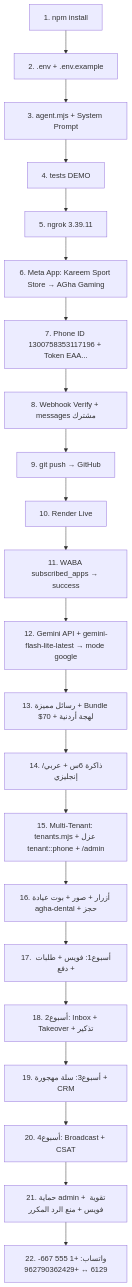
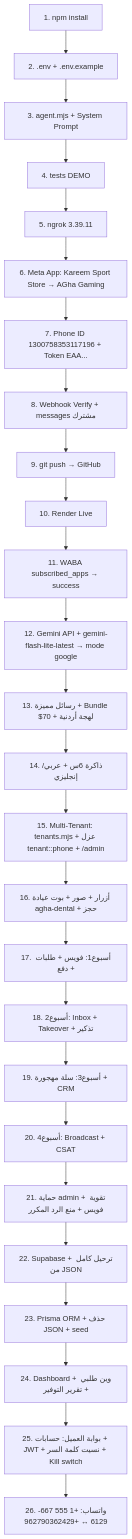
Before and after one commit to ENGMOHAMADALAGHA/kareem-whatsapp-agent: the diagram in WORK_MAP.md, drawn with Mermaid. The commit also changed other lines of this file and 5 other files, not shown here.

````diff
--- a/WORK_MAP.md
+++ b/WORK_MAP.md
@@ -154,24 +184,28 @@
 ```mermaid
 graph TD
   A[1. npm install] --> B[2. .env + .env.example]
   B --> C[3. agent.mjs + System Prompt]
   C --> D[4. tests DEMO]
   D --> E[5. ngrok 3.39.11]
   E --> F[6. Meta App: Kareem Sport Store → AGha Gaming]
   F --> G[7. Phone ID 1300758353117196 + Token EAA...]
   G --> H[8. Webhook Verify + messages مشترك]
   H --> I[9. git push → GitHub]
   I --> J[10. Render Live]
   J --> K[11. WABA subscribed_apps → success]
   K --> L[12. Gemini API + gemini-flash-lite-latest → mode google]
   L --> M[13. رسائل مميزة + Bundle $70 + لهجة أردنية]
   M --> N[14. ذاكرة 6س + عربي/إنجليزي]
   N --> O[15. Multi-Tenant: tenants.mjs + عزل tenant::phone + /admin]
   O --> P[16. أزرار + صور + بوت عيادة agha-dental + حجز]
   P --> Q[17. أسبوع1: فويس + طلبات + دفع]
   Q --> R[18. أسبوع2: Inbox + Takeover + تذكير]
   R --> S[19. أسبوع3: سلة مهجورة + CRM]
   S --> T[20. أسبوع4: Broadcast + CSAT]
   T --> U[21. حماية admin + تقوية فويس + منع الرد المكرر]
-  U --> V[22. واتساب: +1 555 667-6129 ↔ +962790362429]
+  U --> V[22. Supabase + ترحيل كامل من JSON]
+  V --> W[23. Prisma ORM + حذف JSON + seed]
+  W --> X[24. Dashboard + وين طلبي + تقرير التوفير]
+  X --> Y[25. بوابة العميل: حسابات + JWT + نسيت كلمة السر + Kill switch]
+  Y --> Z[26. واتساب: +1 555 667-6129 ↔ +962790362429]
 ```
````
